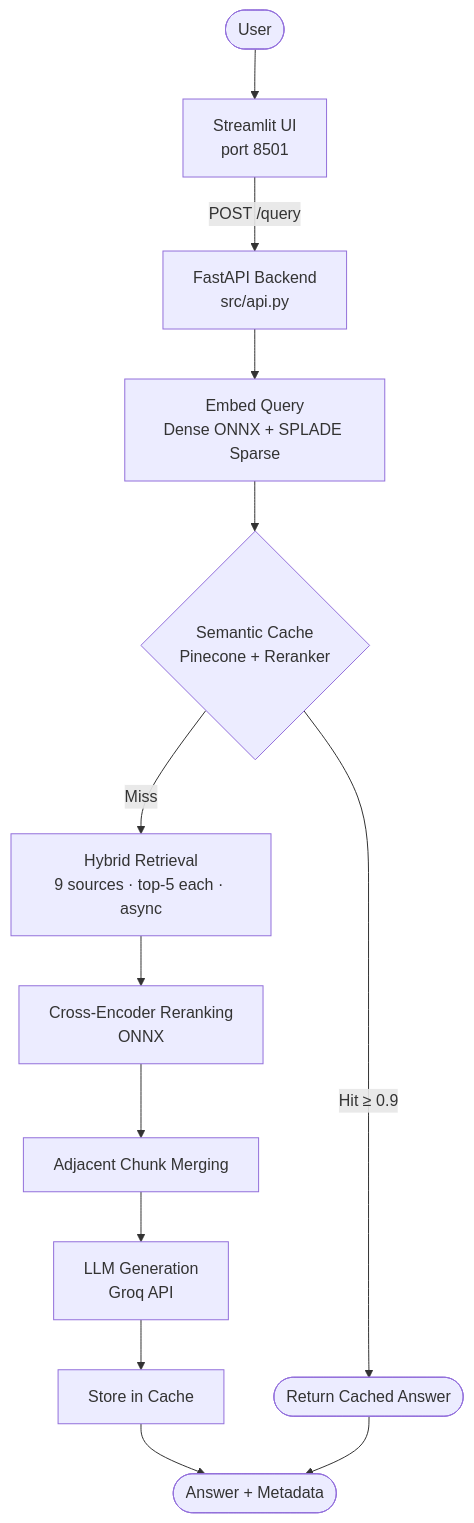
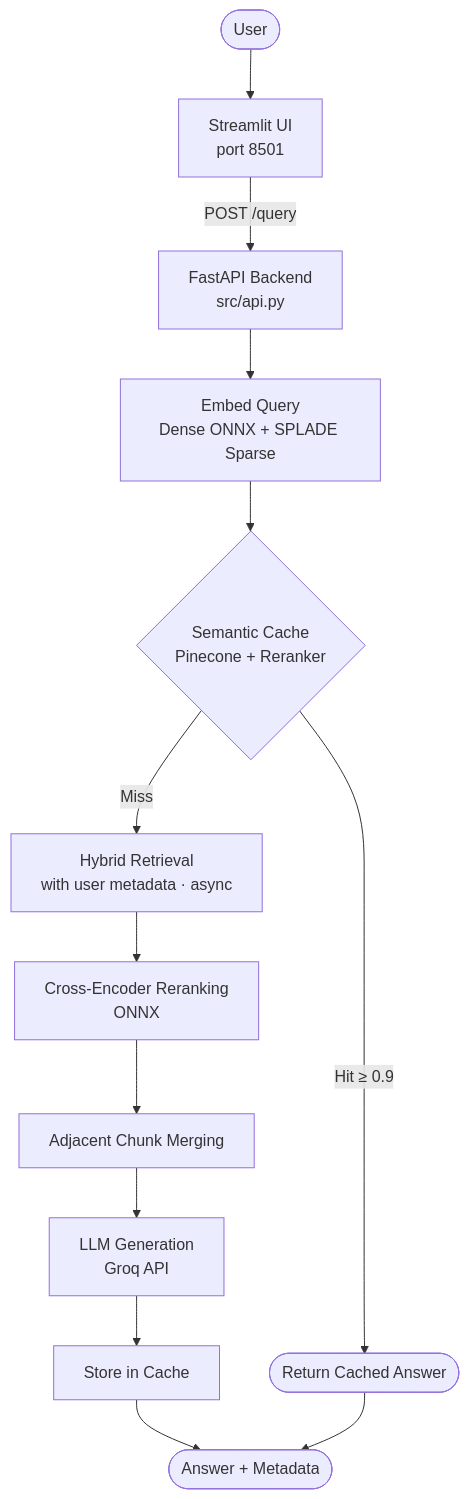
The first of 4 diagrams in README.md (mhdSharuk/enterprise-rag), drawn with Mermaid before and after one commit. The commit also changed other lines of this file, not shown here.

````diff
--- a/README.md
+++ b/README.md
@@ -11,15 +11,15 @@
 ```mermaid
 flowchart TD
     User([User]) --> UI[Streamlit UI\nport 8501]
     UI -->|POST /query| API[FastAPI Backend\nsrc/api.py]
     API --> Embed[Embed Query\nDense ONNX + SPLADE Sparse]
     Embed --> Cache{Semantic Cache\nPinecone + Reranker}
     Cache -->|Hit ≥ 0.9| CachedAnswer([Return Cached Answer])
-    Cache -->|Miss| Retrieve[Hybrid Retrieval\n9 sources · top-5 each · async]
+    Cache -->|Miss| Retrieve[Hybrid Retrieval\n with user metadata · async]
     Retrieve --> Rerank[Cross-Encoder Reranking\nONNX]
     Rerank --> Merge[Adjacent Chunk Merging]
     Merge --> Generate[LLM Generation\nGroq API]
     Generate --> StoreCache[Store in Cache]
     StoreCache --> Answer([Answer + Metadata])
     CachedAnswer --> Answer
 ```
````
